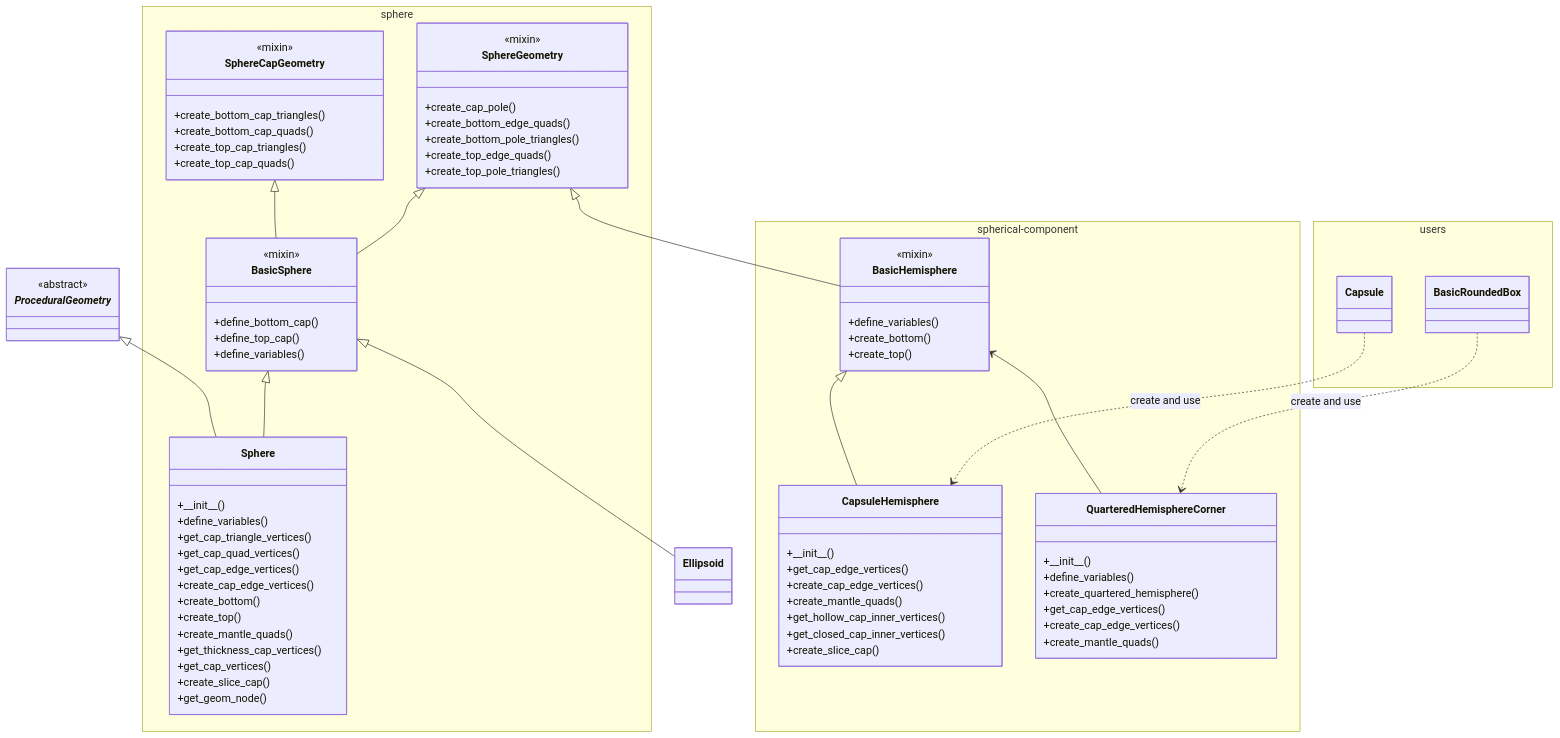
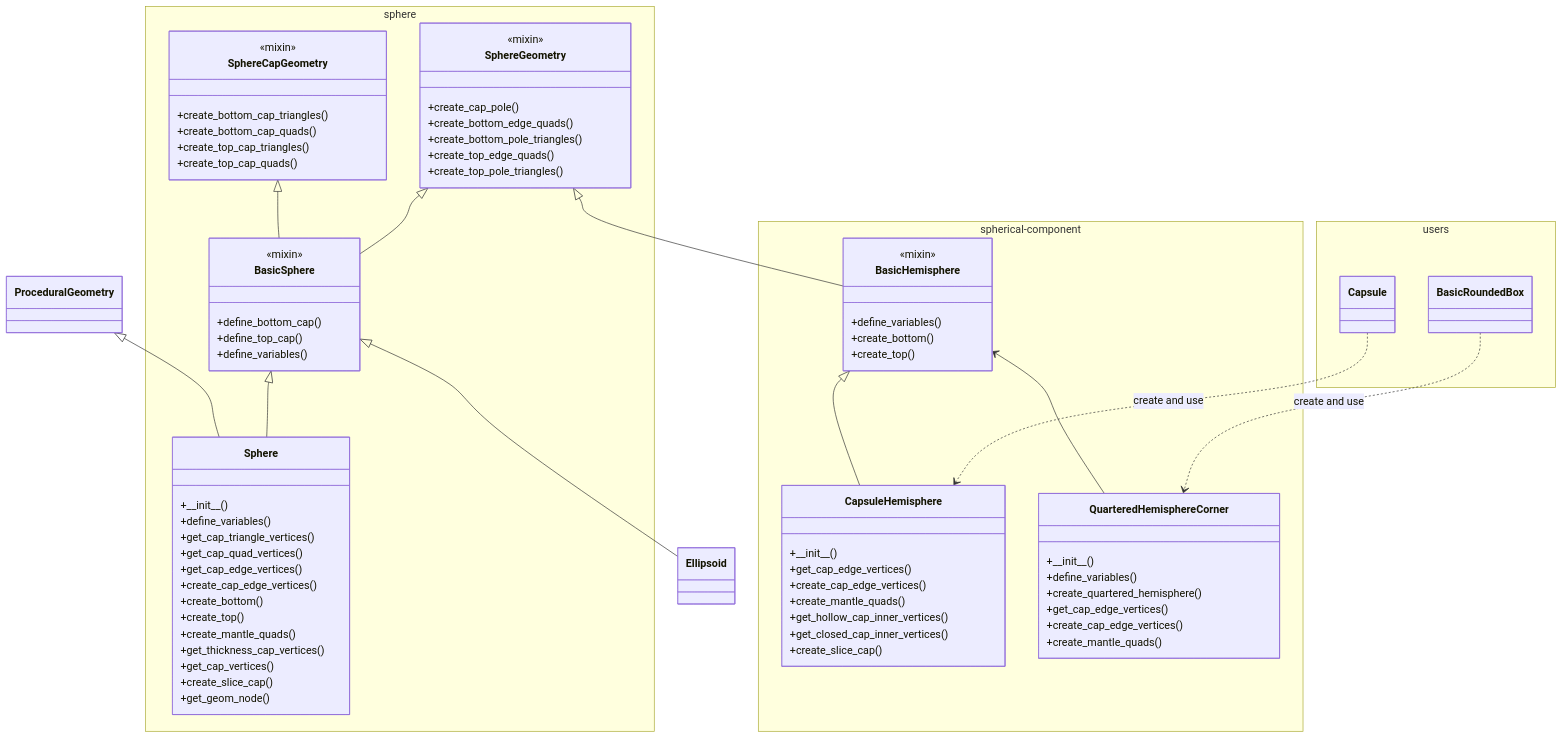
The second of 7 diagrams in README.md (taKana671/shapes), drawn with Mermaid before and after one commit. The commit also changed other lines of this file, not shown here.

````diff
--- a/README.md
+++ b/README.md
@@ -145,7 +151,7 @@
 ```mermaid
 classDiagram
-  class _ProceduralGeometry_{
-    <<abstract>>
+  class ProceduralGeometry{
+
   }
 
   namespace sphere{
@@ -226,7 +232,7 @@
 
   SphereCapGeometry <|--  BasicSphere
   SphereGeometry <|--  BasicSphere
-  _ProceduralGeometry_ <|-- Sphere
+  ProceduralGeometry <|-- Sphere
   BasicSphere <|-- Sphere
   BasicSphere <|-- Ellipsoid
 
````
